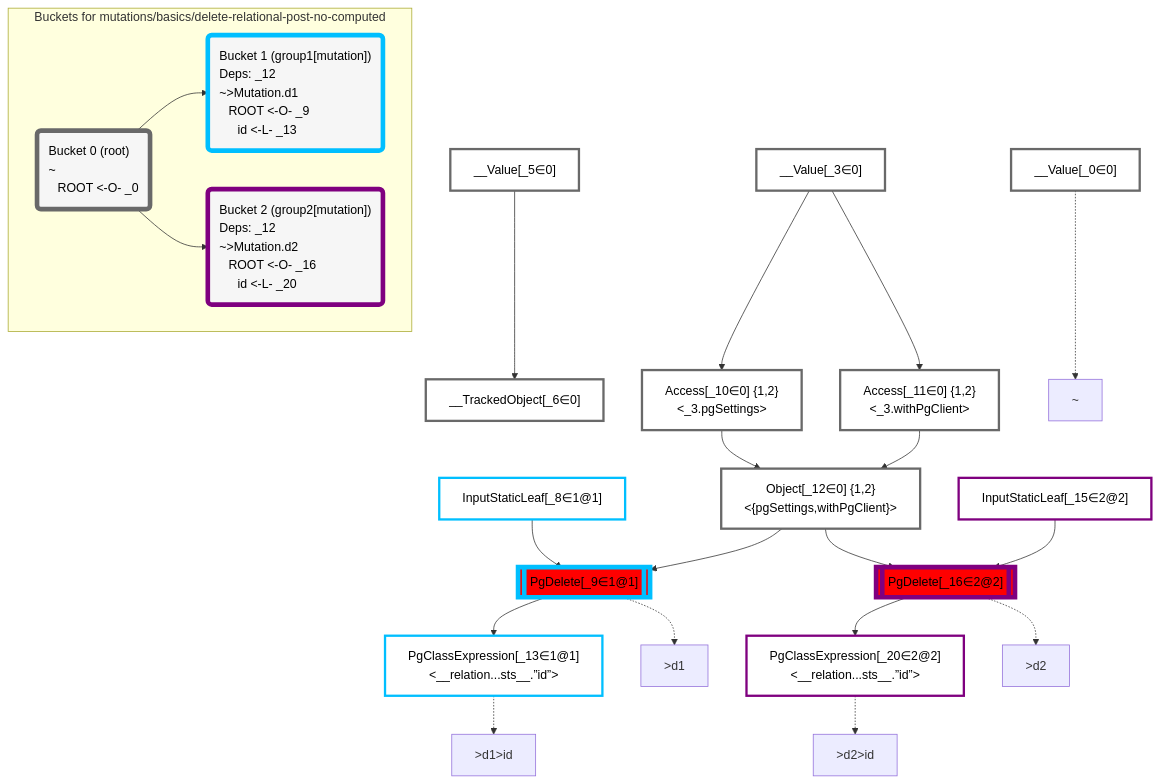
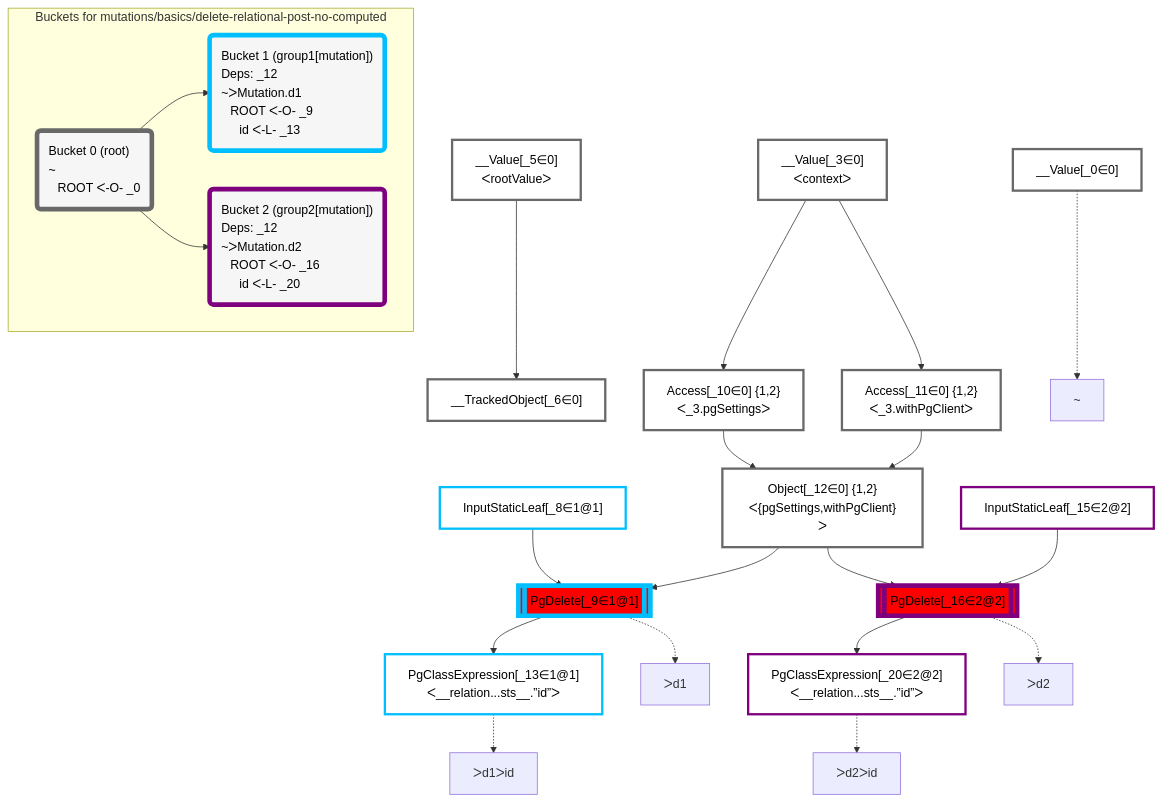
Before and after one commit to graphile/crystal: the diagram in packages/dataplan-pg/__tests__/mutations/basics/delete-relational-post-no-computed.deopt.mermaid.md, drawn with Mermaid. The commit also changed 195 other files, not shown here.

````diff
--- a/packages/dataplan-pg/__tests__/mutations/basics/delete-relational-post-no-computed.deopt.mermaid.md
+++ b/packages/dataplan-pg/__tests__/mutations/basics/delete-relational-post-no-computed.deopt.mermaid.md
@@ -1,68 +1,68 @@
 ```mermaid
 graph TD
     classDef path fill:#eee,stroke:#000,color:#000
     classDef plan fill:#fff,stroke-width:3px,color:#000
     classDef itemplan fill:#fff,stroke-width:6px,color:#000
     classDef sideeffectplan fill:#f00,stroke-width:6px,color:#000
     classDef bucket fill:#f6f6f6,color:#000,stroke-width:6px,text-align:left
 
 
     %% define plans
     __Value_0["__Value[_0∈0]"]:::plan
-    __Value_3["__Value[_3∈0]<br /><context>"]:::plan
-    __Value_5["__Value[_5∈0]<br /><rootValue>"]:::plan
+    __Value_3["__Value[_3∈0]<br />ᐸcontextᐳ"]:::plan
+    __Value_5["__Value[_5∈0]<br />ᐸrootValueᐳ"]:::plan
     __TrackedObject_6["__TrackedObject[_6∈0]"]:::plan
     InputStaticLeaf_8["InputStaticLeaf[_8∈1@1]"]:::plan
     PgDelete_9[["PgDelete[_9∈1@1]"]]:::sideeffectplan
-    Access_10["Access[_10∈0] {1,2}<br /><_3.pgSettings>"]:::plan
-    Access_11["Access[_11∈0] {1,2}<br /><_3.withPgClient>"]:::plan
-    Object_12["Object[_12∈0] {1,2}<br /><{pgSettings,withPgClient}>"]:::plan
-    PgClassExpression_13["PgClassExpression[_13∈1@1]<br /><__relation...sts__.”id”>"]:::plan
+    Access_10["Access[_10∈0] {1,2}<br />ᐸ_3.pgSettingsᐳ"]:::plan
+    Access_11["Access[_11∈0] {1,2}<br />ᐸ_3.withPgClientᐳ"]:::plan
+    Object_12["Object[_12∈0] {1,2}<br />ᐸ{pgSettings,withPgClient}ᐳ"]:::plan
+    PgClassExpression_13["PgClassExpression[_13∈1@1]<br />ᐸ__relation...sts__.”id”ᐳ"]:::plan
     InputStaticLeaf_15["InputStaticLeaf[_15∈2@2]"]:::plan
     PgDelete_16[["PgDelete[_16∈2@2]"]]:::sideeffectplan
-    PgClassExpression_20["PgClassExpression[_20∈2@2]<br /><__relation...sts__.”id”>"]:::plan
+    PgClassExpression_20["PgClassExpression[_20∈2@2]<br />ᐸ__relation...sts__.”id”ᐳ"]:::plan
 
     %% plan dependencies
     __Value_5 --> __TrackedObject_6
     Object_12 --> PgDelete_9
     InputStaticLeaf_8 --> PgDelete_9
     __Value_3 --> Access_10
     __Value_3 --> Access_11
     Access_10 --> Object_12
     Access_11 --> Object_12
     PgDelete_9 --> PgClassExpression_13
     Object_12 --> PgDelete_16
     InputStaticLeaf_15 --> PgDelete_16
     PgDelete_16 --> PgClassExpression_20
 
     %% plan-to-path relationships
     P_0["~"]
     __Value_0 -.-> P_0
-    P_9[">d1"]
+    P_9["ᐳd1"]
     PgDelete_9 -.-> P_9
-    P_13[">d1>id"]
+    P_13["ᐳd1ᐳid"]
     PgClassExpression_13 -.-> P_13
-    P_16[">d2"]
+    P_16["ᐳd2"]
     PgDelete_16 -.-> P_16
-    P_20[">d2>id"]
+    P_20["ᐳd2ᐳid"]
     PgClassExpression_20 -.-> P_20
 
     %% allocate buckets
     classDef bucket0 stroke:#696969
     class __Value_0,__Value_3,__Value_5,__TrackedObject_6,Access_10,Access_11,Object_12 bucket0
     classDef bucket1 stroke:#00bfff
     class InputStaticLeaf_8,PgDelete_9,PgClassExpression_13 bucket1
     classDef bucket2 stroke:#7f007f
     class InputStaticLeaf_15,PgDelete_16,PgClassExpression_20 bucket2
 
     subgraph "Buckets for mutations/basics/delete-relational-post-no-computed"
-    Bucket0("Bucket 0 (root)<br />~<br />⠀ROOT <-O- _0"):::bucket
+    Bucket0("Bucket 0 (root)<br />~<br />⠀ROOT ᐸ-O- _0"):::bucket
     style Bucket0 stroke:#696969
-    Bucket1("Bucket 1 (group1[mutation])<br />Deps: _12<br />~>Mutation.d1<br />⠀ROOT <-O- _9<br />⠀⠀id <-L- _13"):::bucket
+    Bucket1("Bucket 1 (group1[mutation])<br />Deps: _12<br />~ᐳMutation.d1<br />⠀ROOT ᐸ-O- _9<br />⠀⠀id ᐸ-L- _13"):::bucket
     style Bucket1 stroke:#00bfff
     Bucket0 --> Bucket1
-    Bucket2("Bucket 2 (group2[mutation])<br />Deps: _12<br />~>Mutation.d2<br />⠀ROOT <-O- _16<br />⠀⠀id <-L- _20"):::bucket
+    Bucket2("Bucket 2 (group2[mutation])<br />Deps: _12<br />~ᐳMutation.d2<br />⠀ROOT ᐸ-O- _16<br />⠀⠀id ᐸ-L- _20"):::bucket
     style Bucket2 stroke:#7f007f
     Bucket0 --> Bucket2
     end
 ```
````
